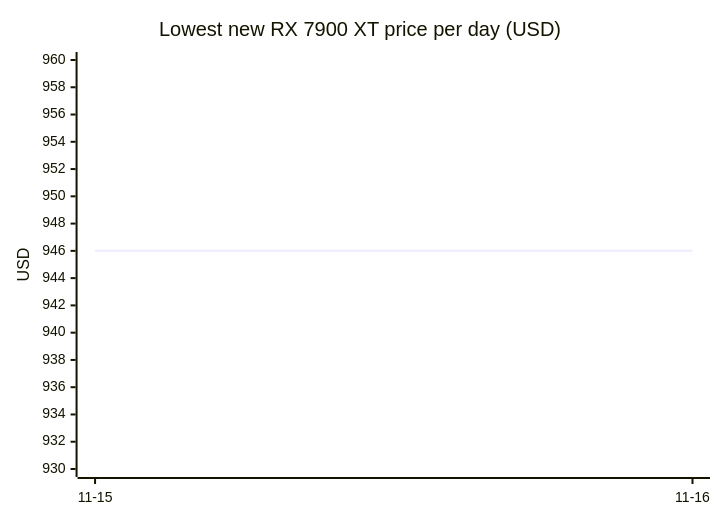
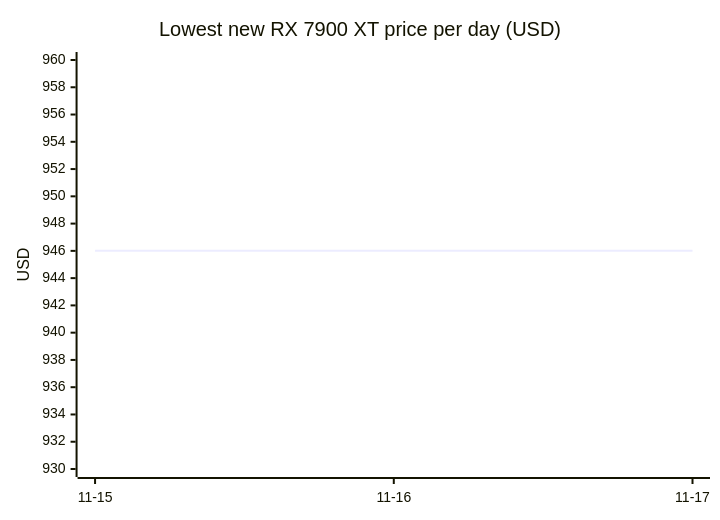
Before and after one commit to 7324136828/4tb_ssd_price_watch: diagram 14 of 18 in README.md, drawn with Mermaid. The commit also changed other lines of this file, not shown here.

````diff
--- a/README.md
+++ b/README.md
@@ -622,7 +645,7 @@
 ```mermaid
 xychart-beta
     title "Lowest new RX 7900 XT price per day (USD)"
-    x-axis ["11-15", "11-16"]
+    x-axis ["11-15", "11-16", "11-17"]
     y-axis "USD" 930 --> 960
-    line [946.00, 946.00]
+    line [946.00, 946.00, 946.00]
 ```
````
